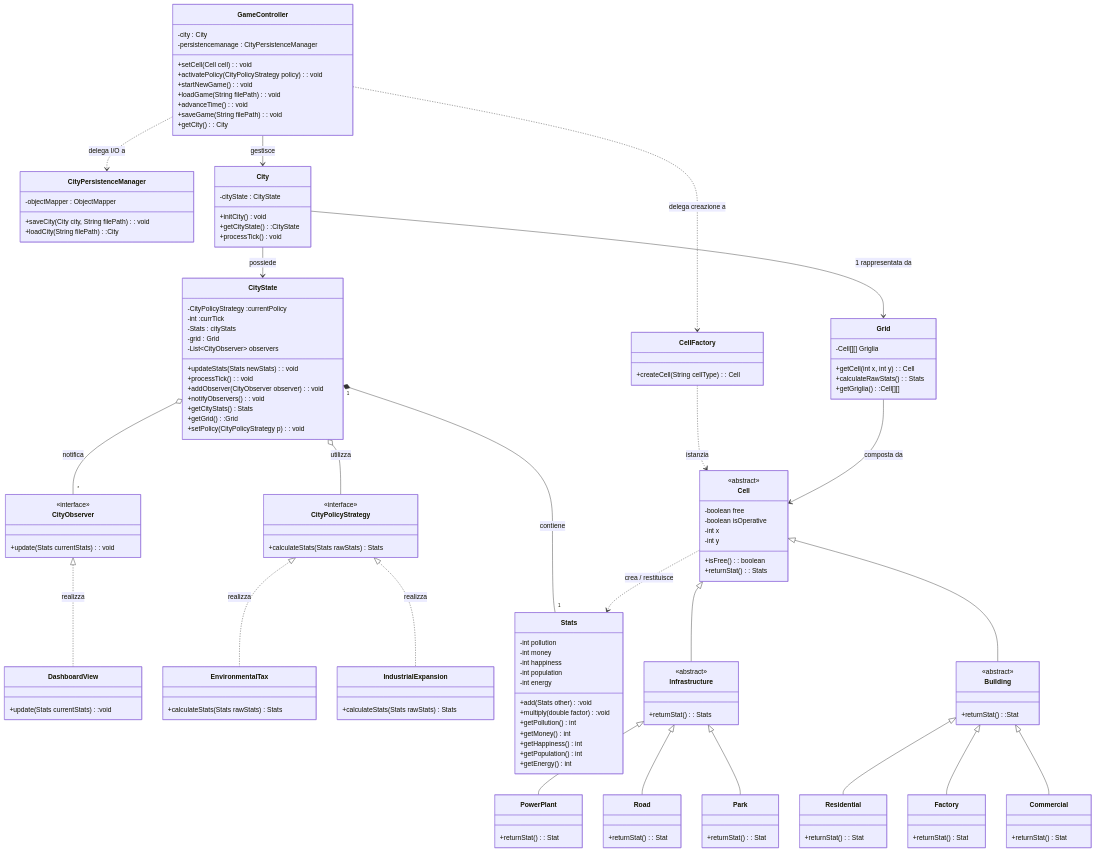
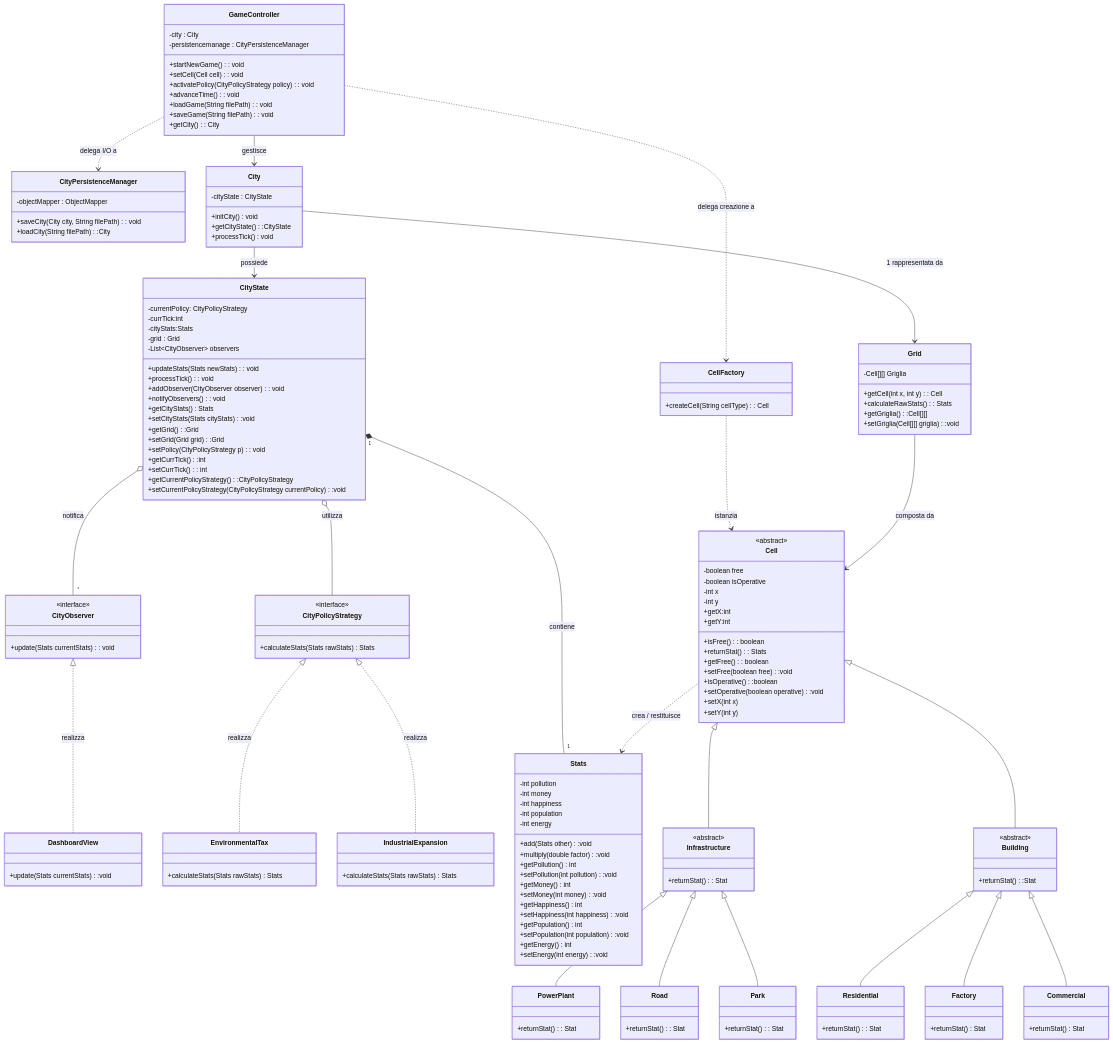
The diagram in docs/design-class-model.md (andreatoson3-netizen/Amatriciana), drawn with Mermaid before and after one commit.

```diff
--- a/docs/design-class-model.md
+++ b/docs/design-class-model.md
@@ -9,11 +9,11 @@
     class GameController {
         -city : City
         -persistencemanage : CityPersistenceManager
+        +startNewGame() : void
         +setCell(Cell cell) : void
         +activatePolicy(CityPolicyStrategy policy): void
-        +startNewGame() : void
+        +advanceTime() : void
         +loadGame(String filePath) : void
-        +advanceTime() : void
         +saveGame(String filePath): void
         +getCity() : City
     }
@@ -45,9 +45,9 @@
     }
     
     class CityState {
-        -CityPolicyStrategy :currentPolicy
-        -int :currTick
-        -Stats : cityStats
+        -currentPolicy: CityPolicyStrategy
+        -currTick:int
+        -cityStats:Stats
         -grid : Grid
         -List~CityObserver~ observers
         +updateStats(Stats newStats): void
@@ -55,8 +55,14 @@
         +addObserver(CityObserver observer): void
          +notifyObservers(): void
         +getCityStats() Stats
+        +setCityStats(Stats cityStats):void
         +getGrid() :Grid
+        +setGrid(Grid grid):Grid
         +setPolicy(CityPolicyStrategy p): void
+        +getCurrTick() :int
+        +setCurrTick(): int
+        +getCurrentPolicyStrategy():CityPolicyStrategy
+        +setCurrentPolicyStrategy(CityPolicyStrategy currentPolicy):void
        
     }
 
@@ -78,6 +84,7 @@
         +getCell(int x, int y) : Cell
         +calculateRawStats() : Stats
         +getGriglia():Cell[][]
+        +setGriglia(Cell[][] griglia):void
     }
 
     class Cell {
@@ -88,6 +95,14 @@
         -int y
         +isFree(): boolean
         +returnStat(): Stats
+        +getFree() : boolean
+        +setFree(boolean free):void
+        +isOperative():boolean
+        +setOperative(boolean operative):void
+        +getX:int
+        +setX(int x)
+        +getY:int
+        +setY(int y)
         
     }
 
@@ -100,16 +115,21 @@
         +add(Stats other) :void
         +multiply(double factor):void
         +getPollution() int
+        +setPollution(int pollution):void
         +getMoney() int
+        +setMoney(int money):void
         +getHappiness() int
+        +setHappiness(int happiness):void
         +getPopulation() int
+        +setPopulation(int population):void
         +getEnergy() int
+        +setEnergy(int energy):void
         
    }
 
     class Infrastructure {
         <<abstract>>
-        +returnStat() : Stats
+        +returnStat() : Stat
     }
     
     class Building {
```
